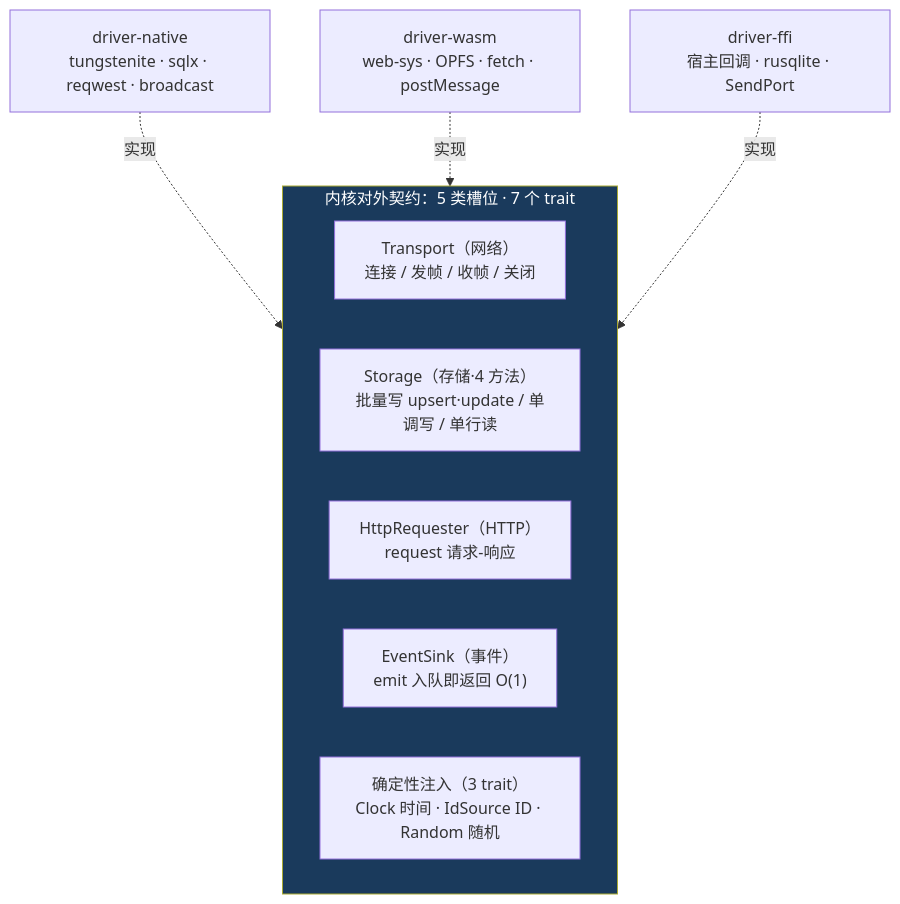
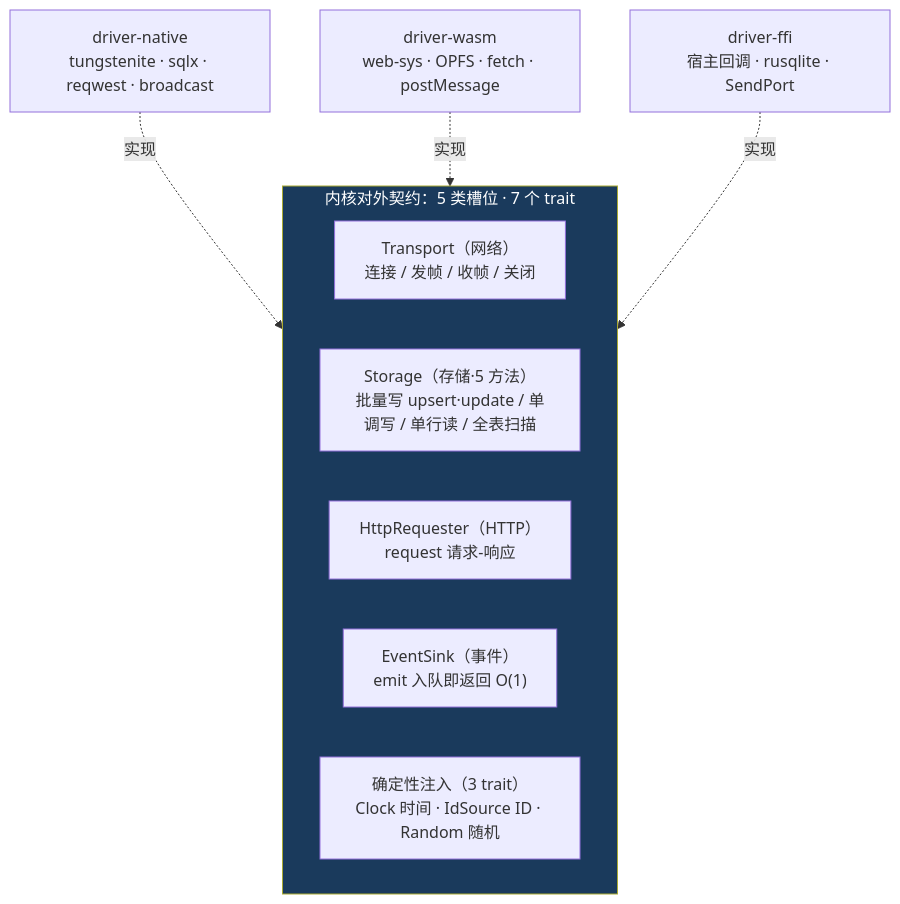
Before and after one commit to zxs1633079383/helix: the fifth of 27 diagrams in docs/过会方案/helix-core-im-架构设计.md, drawn with Mermaid. The commit also changed other lines of this file and 9 other files, not shown here.

````diff
--- a/docs/过会方案/helix-core-im-架构设计.md
+++ b/docs/过会方案/helix-core-im-架构设计.md
@@ -241,14 +241,14 @@
 ```mermaid
 flowchart TB
     subgraph CORE["内核对外契约：5 类槽位 · 7 个 trait"]
         TR["Transport（网络）<br/>连接 / 发帧 / 收帧 / 关闭"]
-        ST["Storage（存储·4 方法）<br/>批量写 upsert·update / 单调写 / 单行读"]
+        ST["Storage（存储·5 方法）<br/>批量写 upsert·update / 单调写 / 单行读 / 全表扫描"]
         HT["HttpRequester（HTTP）<br/>request 请求-响应"]
         EV["EventSink（事件）<br/>emit 入队即返回 O(1)"]
         DET["确定性注入（3 trait）<br/>Clock 时间 · IdSource ID · Random 随机"]
     end
     DN["driver-native<br/>tungstenite · sqlx · reqwest · broadcast"] -.实现.-> CORE
     DW["driver-wasm<br/>web-sys · OPFS · fetch · postMessage"] -.实现.-> CORE
     DF["driver-ffi<br/>宿主回调 · rusqlite · SendPort"] -.实现.-> CORE
     style CORE fill:#1a3a5c,color:#fff
 ```
````
